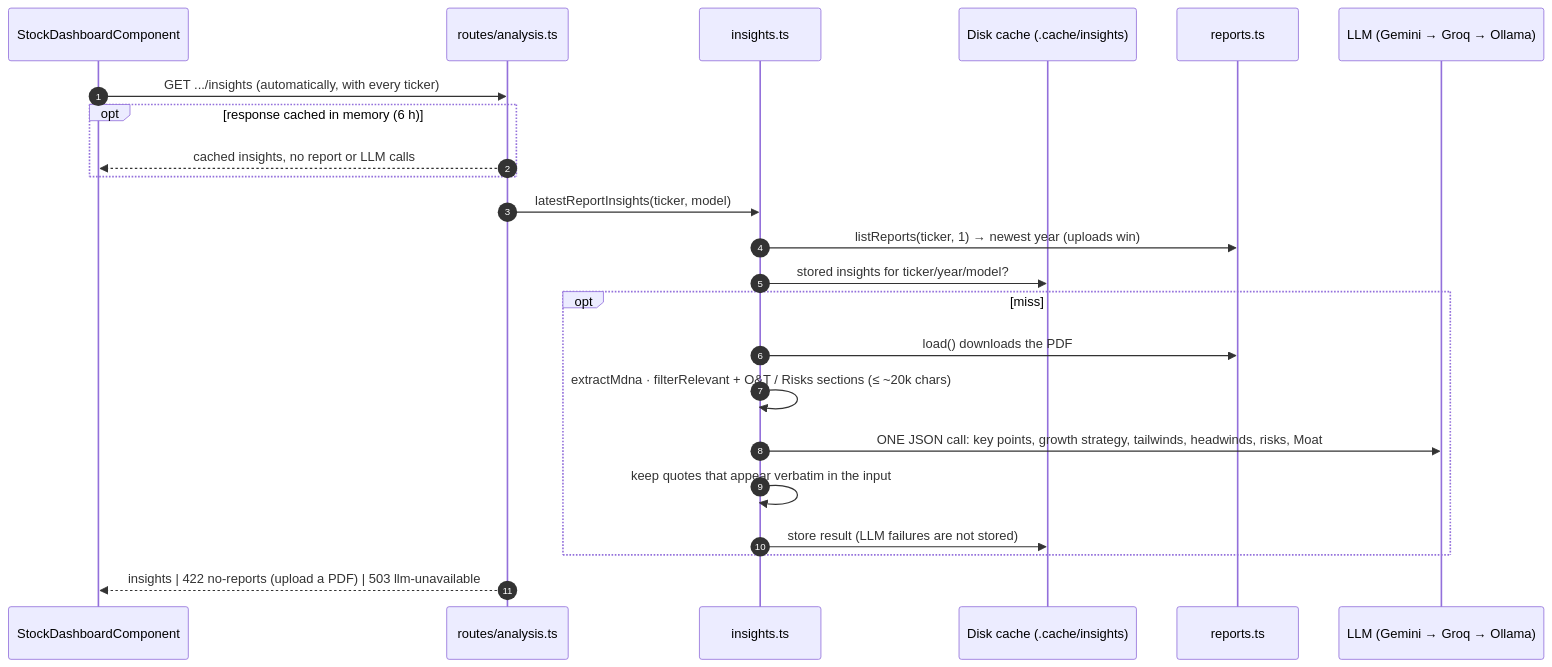
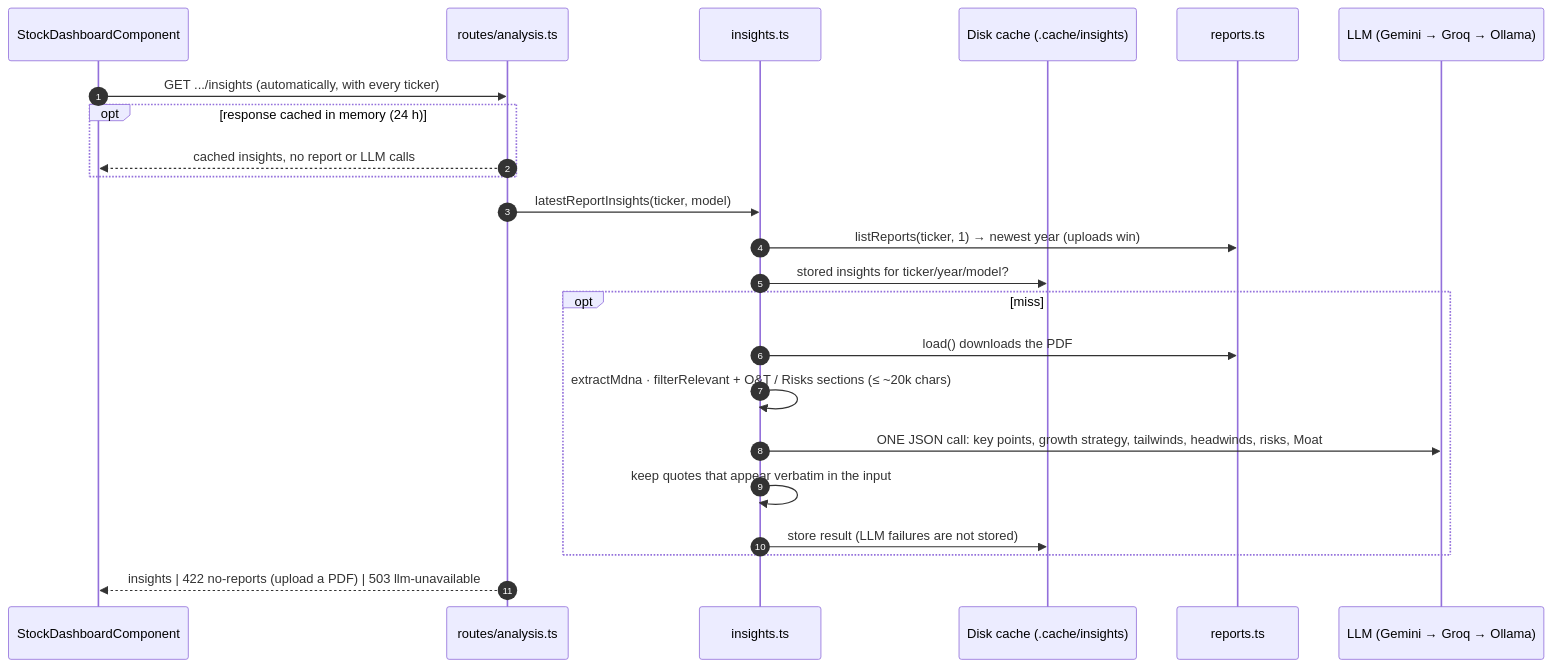
The fifth of 5 diagrams in docs/architecture.md (vigneshsn/dcf-stock-valuation), drawn with Mermaid before and after one commit. The commit also changed other lines of this file and 10 other files, not shown here.

````diff
--- a/docs/architecture.md
+++ b/docs/architecture.md
@@ -171,26 +171,26 @@
 ```mermaid
 sequenceDiagram
     autonumber
     participant UI as StockDashboardComponent
     participant API as routes/analysis.ts
     participant I as insights.ts
     participant D as Disk cache (.cache/insights)
     participant R as reports.ts
     participant L as LLM (Gemini → Groq → Ollama)
 
     UI->>API: GET .../insights (automatically, with every ticker)
-    opt response cached in memory (6 h)
+    opt response cached in memory (24 h)
         API-->>UI: cached insights, no report or LLM calls
     end
     API->>I: latestReportInsights(ticker, model)
     I->>R: listReports(ticker, 1) → newest year (uploads win)
     I->>D: stored insights for ticker/year/model?
     opt miss
         I->>R: load() downloads the PDF
         I->>I: extractMdna · filterRelevant + O&T / Risks sections (≤ ~20k chars)
         I->>L: ONE JSON call: key points, growth strategy, tailwinds, headwinds, risks, Moat
         I->>I: keep quotes that appear verbatim in the input
         I->>D: store result (LLM failures are not stored)
     end
     API-->>UI: insights | 422 no-reports (upload a PDF) | 503 llm-unavailable
 ```
````
